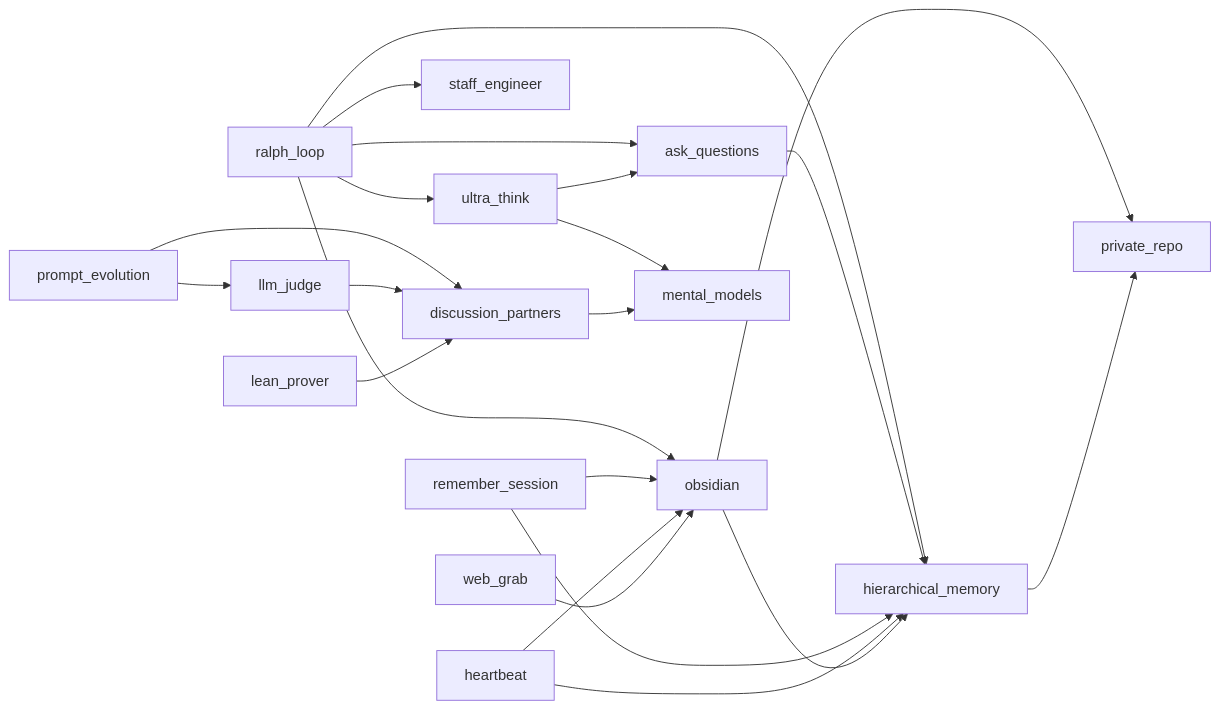
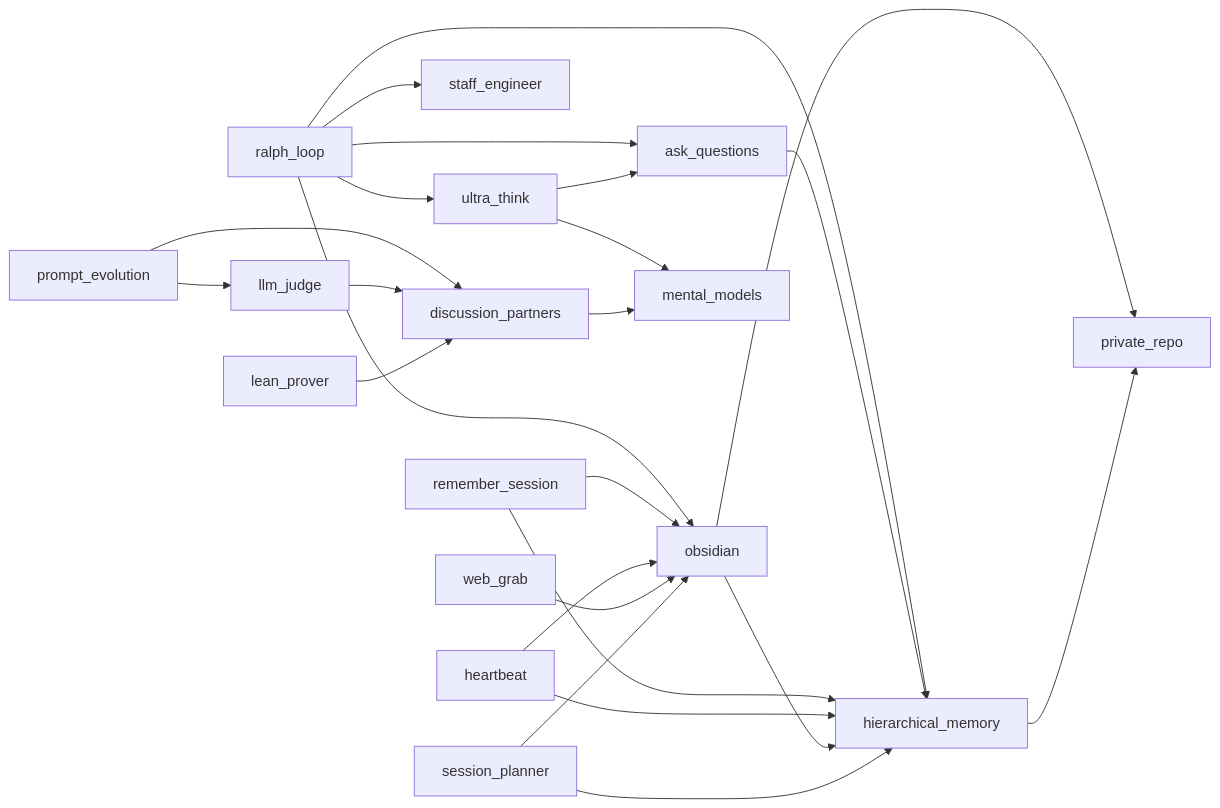
The diagram in README.md (zachmayer/skills), drawn with Mermaid before and after one commit. The commit also changed other lines of this file and 2 other files, not shown here.

First line of the commit message:
Add session_planner skill for focused work session planning

````diff
--- a/README.md
+++ b/README.md
@@ -92,24 +93,26 @@
 ```mermaid
 graph LR
     ralph_loop --> ultra_think
     ralph_loop --> staff_engineer
     ralph_loop --> ask_questions
     ralph_loop --> hierarchical_memory
     ralph_loop --> obsidian
     ultra_think --> mental_models
     ultra_think --> ask_questions
     ask_questions --> hierarchical_memory
     prompt_evolution --> discussion_partners
     prompt_evolution --> llm_judge
     llm_judge --> discussion_partners
     discussion_partners --> mental_models
     remember_session --> hierarchical_memory
     remember_session --> obsidian
     heartbeat --> hierarchical_memory
     heartbeat --> obsidian
     obsidian --> hierarchical_memory
     obsidian --> private_repo
     hierarchical_memory --> private_repo
     web_grab --> obsidian
     lean_prover --> discussion_partners
+    session_planner --> hierarchical_memory
+    session_planner --> obsidian
 ```
````
